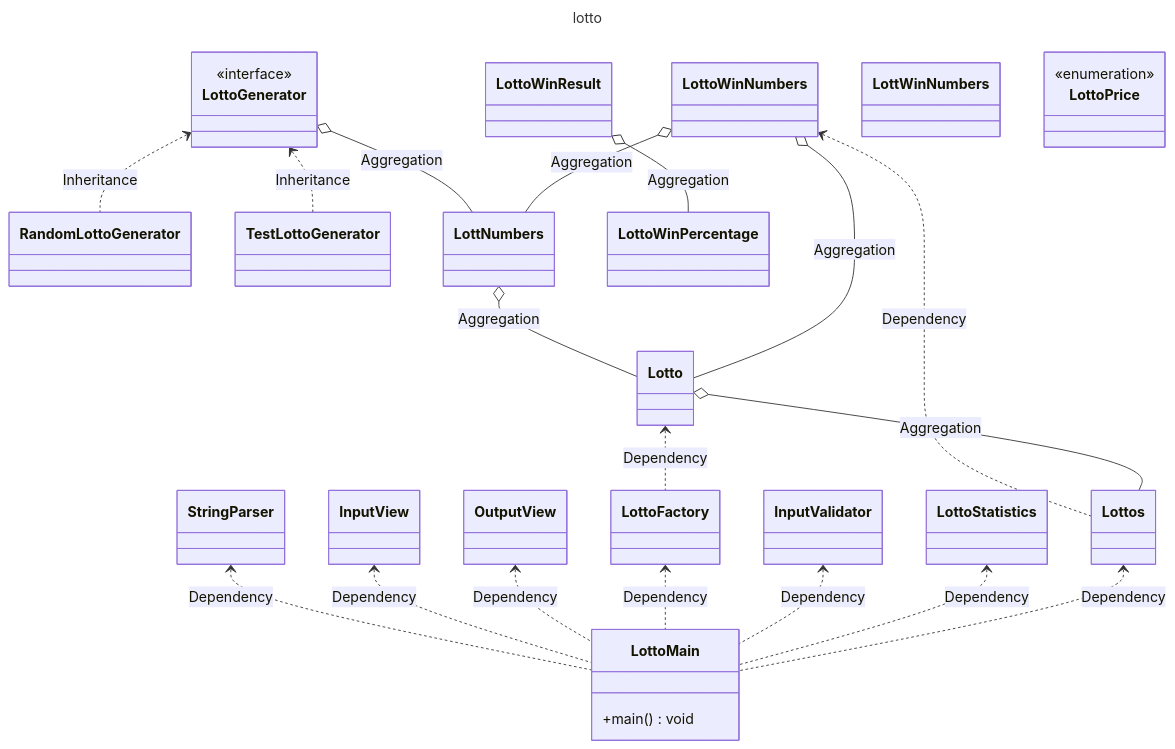
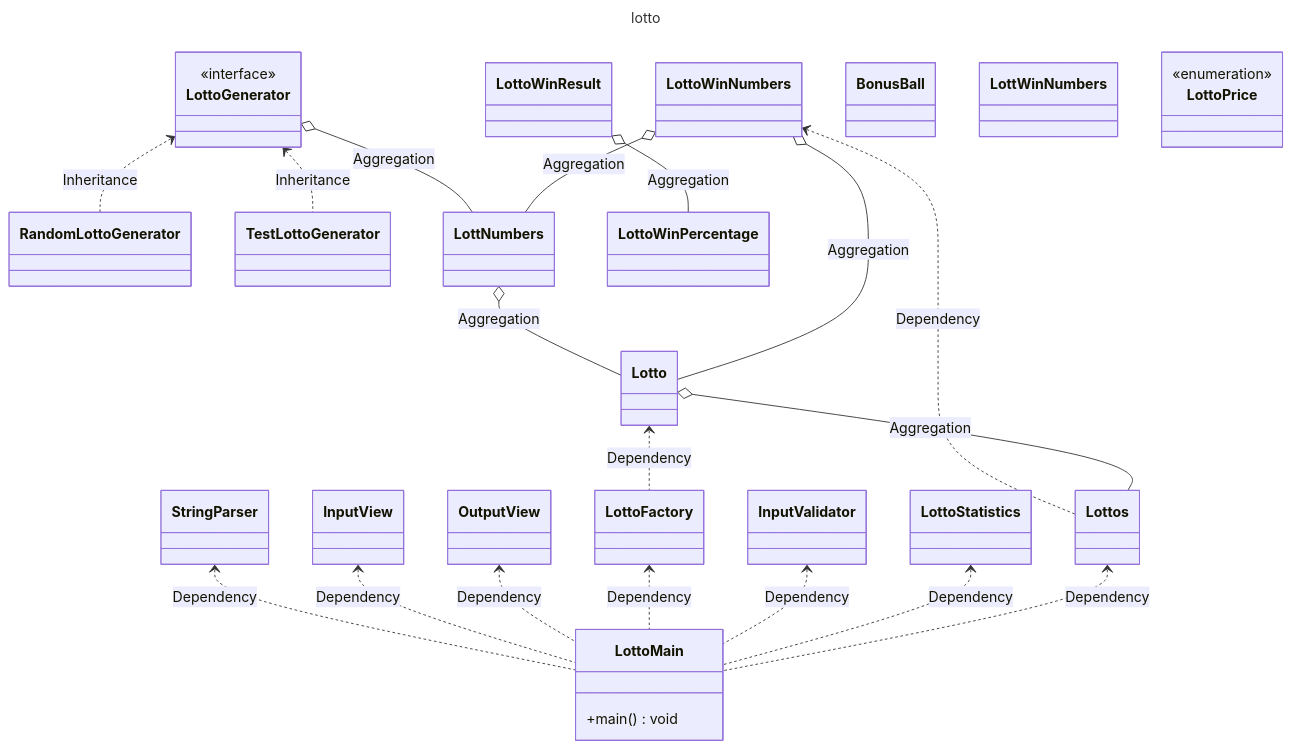
Before and after one commit to next-step/java-lotto: the diagram in README.md, drawn with Mermaid. The commit also changed other lines of this file and 2 other files, not shown here.

Commit message:
feat: 보너스 볼 입력

```diff
--- a/README.md
+++ b/README.md
@@ -35,6 +35,9 @@
     LottoWinResult o-- LottoWinPercentage: Aggregation
 
     class StringParser {
+    }
+
+    class BonusBall {
     }
 
     class LottoWinNumbers {
```
